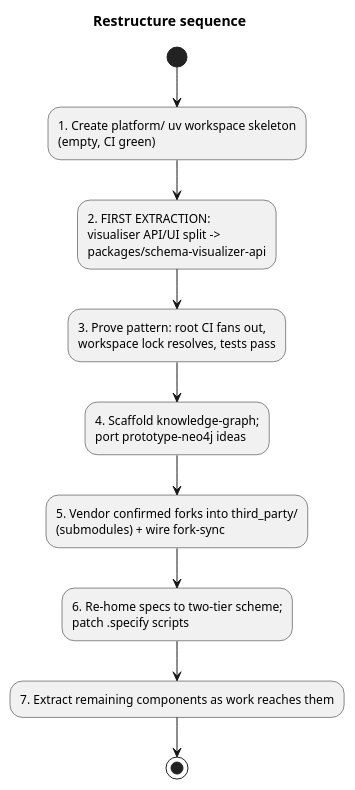
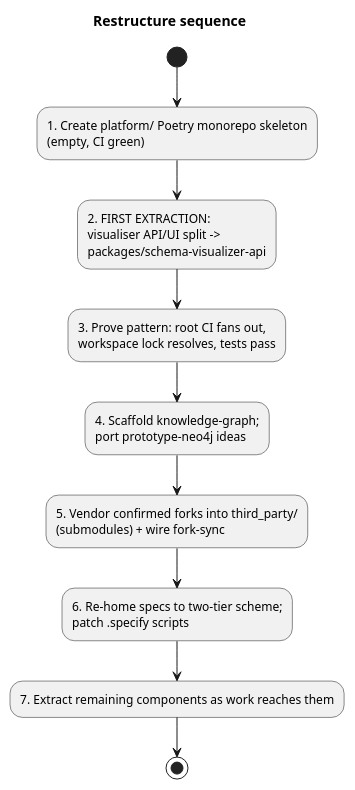
The third of 4 diagrams in ARCHITECTURE.md (wolffy-au/frictionless-architect), drawn with PlantUML before and after one commit. The commit also changed other lines of this file and 1 other file, not shown here.

First line of the commit message:
docs: record Poetry (not uv) as the package manager

````diff
--- a/ARCHITECTURE.md
+++ b/ARCHITECTURE.md
@@ -265,13 +268,13 @@
 ```plantuml
 @startuml
 title Restructure sequence
-(*) --> "1. Create platform/ uv workspace skeleton\n(empty, CI green)"
+(*) --> "1. Create platform/ Poetry monorepo skeleton\n(empty, CI green)"
 --> "2. FIRST EXTRACTION:\nvisualiser API/UI split ->\npackages/schema-visualizer-api"
 --> "3. Prove pattern: root CI fans out,\nworkspace lock resolves, tests pass"
 --> "4. Scaffold knowledge-graph;\nport prototype-neo4j ideas"
 --> "5. Vendor confirmed forks into third_party/\n(submodules) + wire fork-sync"
 --> "6. Re-home specs to two-tier scheme;\npatch .specify scripts"
 --> "7. Extract remaining components as work reaches them"
 --> (*)
 @enduml
 ```
````
